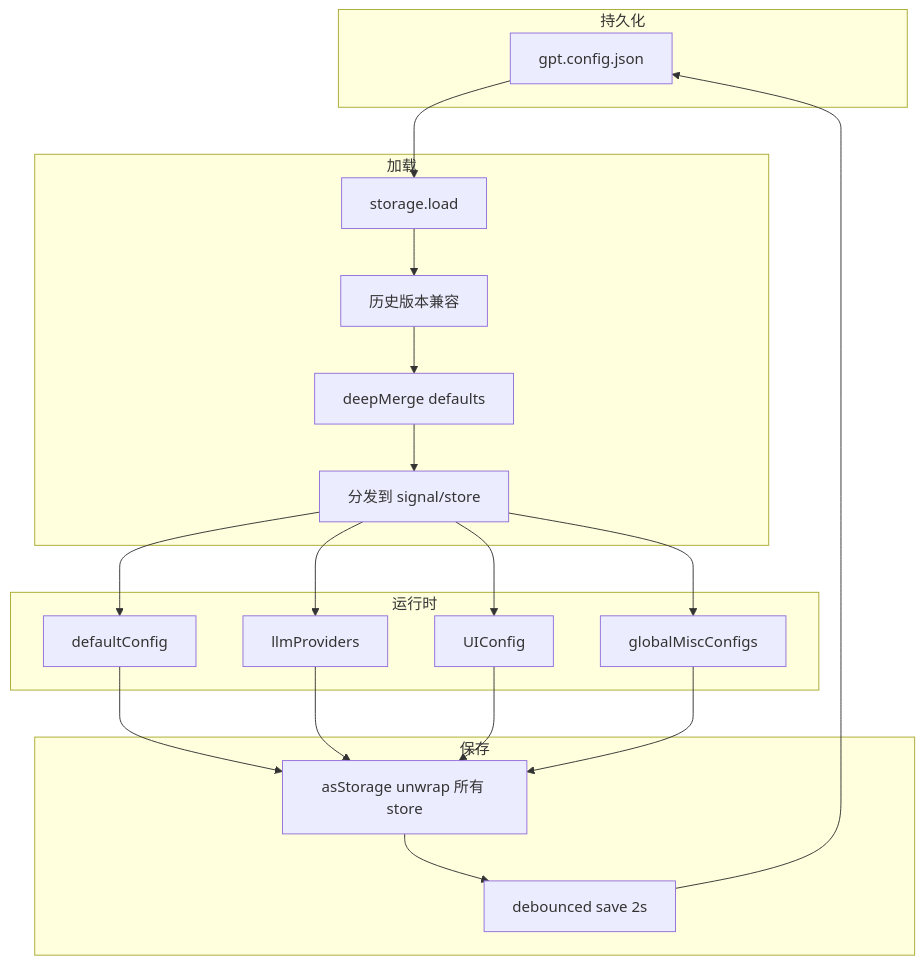
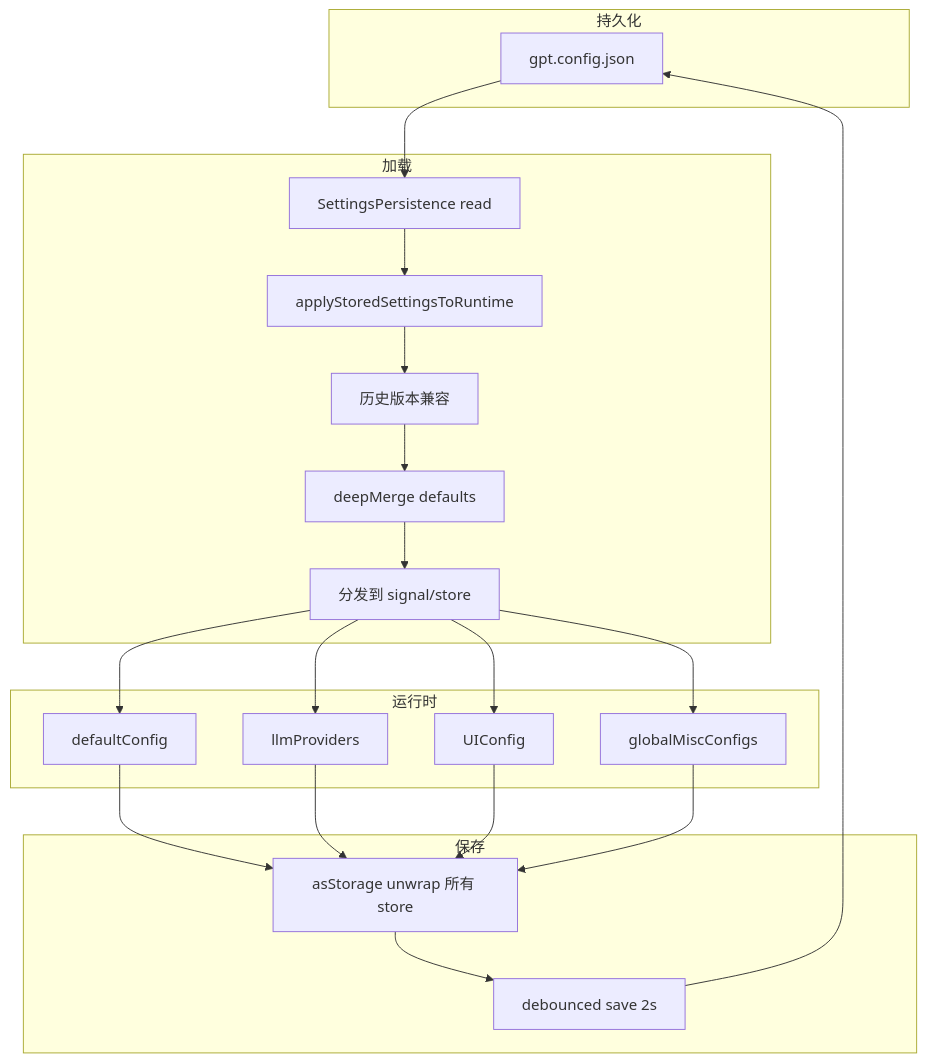
One commit to frostime/sy-f-misc changed the first of 3 diagrams in .sspec/spec-docs/gpt-module-architecture-overview.md. Above: the diagram before and after it, drawn with Mermaid. The commit also changed other lines of this file and 16 other files, not shown here.

Commit message:
✨ feat(settings): reconcile synchronized runtime config

````diff
--- a/.sspec/spec-docs/gpt-module-architecture-overview.md
+++ b/.sspec/spec-docs/gpt-module-architecture-overview.md
@@ -89,25 +103,26 @@
 ```mermaid
 graph TD
     subgraph "持久化"
         JSON[gpt.config.json]
     end
     subgraph "加载"
-        Load[storage.load]
+        Load[SettingsPersistence read]
+        Apply[applyStoredSettingsToRuntime]
         Migrate[历史版本兼容]
         Merge[deepMerge defaults]
         Dist[分发到 signal/store]
     end
     subgraph "运行时"
         Config[defaultConfig]
         Providers[llmProviders]
         UI[UIConfig]
         Misc[globalMiscConfigs]
     end
     subgraph "保存"
         AsStorage[asStorage unwrap 所有 store]
         Save[debounced save 2s]
     end
 
-    JSON --> Load --> Migrate --> Merge --> Dist --> Config & Providers & UI & Misc
+    JSON --> Load --> Apply --> Migrate --> Merge --> Dist --> Config & Providers & UI & Misc
     Config & Providers & UI & Misc --> AsStorage --> Save --> JSON
 ```
````
